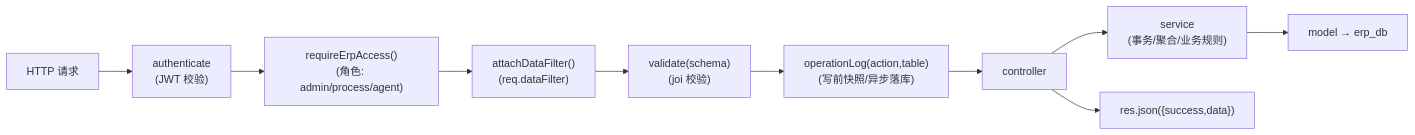
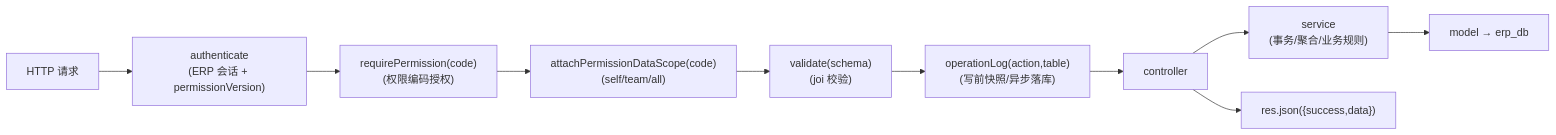
Before and after one commit to sxliuchen-hash/ruixinERP: the second of 11 diagrams in docs/项目知识图谱.md, drawn with Mermaid. The commit also changed other lines of this file and 283 other files, not shown here.

````diff
--- a/docs/项目知识图谱.md
+++ b/docs/项目知识图谱.md
@@ -91,12 +91,12 @@
 ```mermaid
 flowchart LR
-    A["HTTP 请求"] --> B["authenticate<br/>(JWT 校验)"]
-    B --> C["requireErpAccess()<br/>(角色: admin/process/agent)"]
-    C --> D["attachDataFilter()<br/>(req.dataFilter)"]
+    A["HTTP 请求"] --> B["authenticate<br/>(ERP 会话 + permissionVersion)"]
+    B --> C["requirePermission(code)<br/>(权限编码授权)"]
+    C --> D["attachPermissionDataScope(code)<br/>(self/team/all)"]
     D --> E["validate(schema)<br/>(joi 校验)"]
     E --> F["operationLog(action,table)<br/>(写前快照/异步落库)"]
     F --> G["controller"]
     G --> H["service<br/>(事务/聚合/业务规则)"]
     H --> I["model → erp_db"]
     G --> J["res.json({success,data})"]
 ```
````
